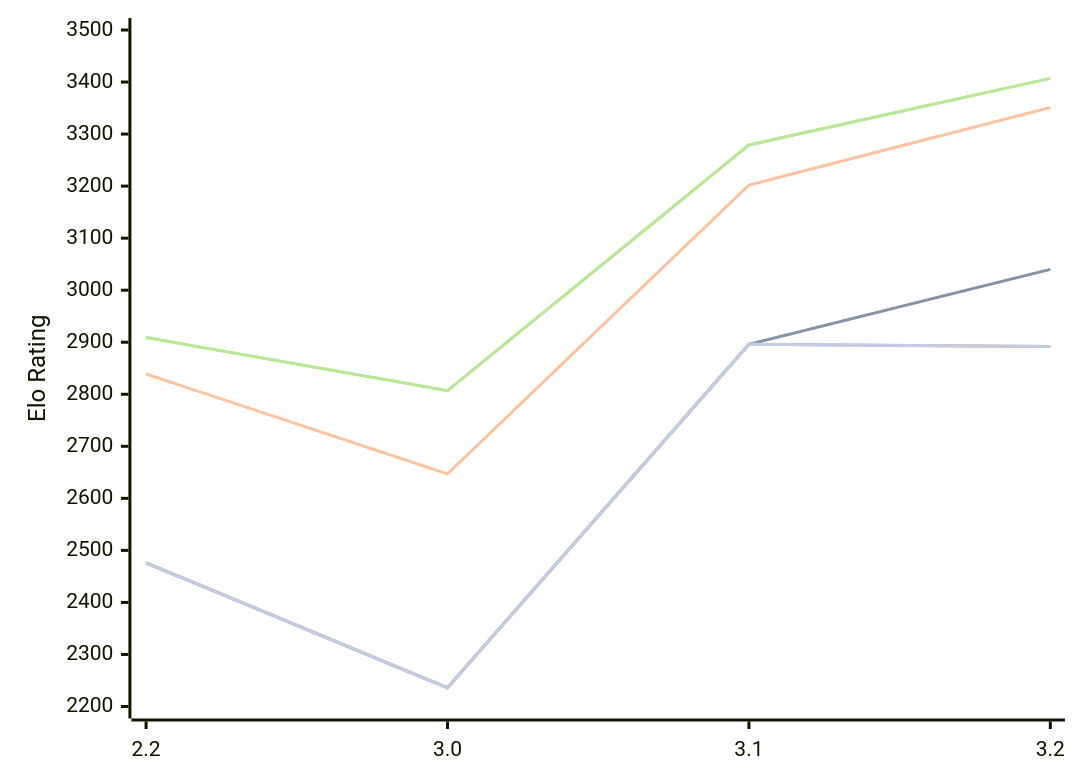
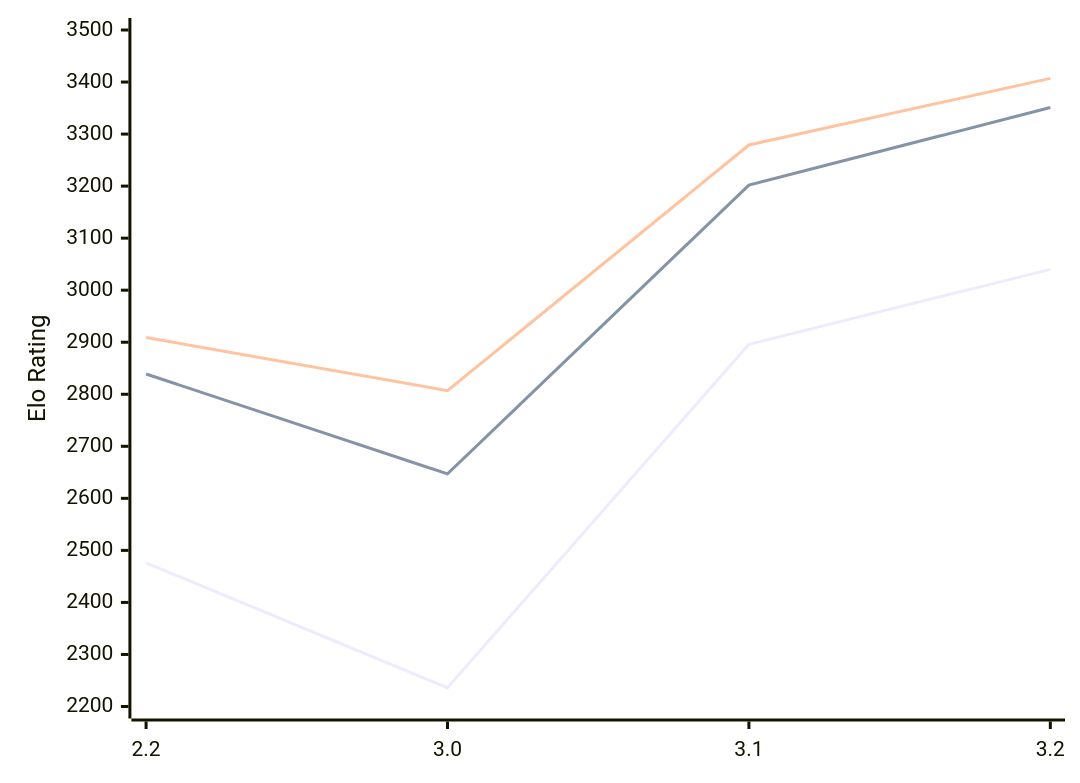
One commit to computer-chess-index/cci changed the diagram in engines/Thrawn.md. Above: the diagram before and after it, drawn with Mermaid. The commit also changed other lines of this file, not shown here.

````diff
--- a/engines/Thrawn.md
+++ b/engines/Thrawn.md
@@ -50,13 +50,9 @@
 ```mermaid
 %%{init: {"theme":"base","themeVariables":{"seriesColors:['#a3a3a3','#222221','#faa371']}}}%%
 xychart-beta
   x-axis ["2.2", "3.0", "3.1", "3.2"]
   y-axis "Elo Rating" 2200 --> 3500
-  line "" [2476, 2236, 2896, 3040]
   line "T1: STC (8.0+0.08s)" [2476, 2236, 2896, 3040]
   line "T1: LTC (60.0+0.60s)" [2839, 2647, 3202, 3351]
-  line "" [2909, 2807, 3279, 3407]
   line "T1: VLTC (2m24s+1.12s)" [2909, 2807, 3279, 3407]
-  line "" [2476, 2236, 2896,2892]
-  line "E1: STC (8.0+0.08s)" [2476, 2236, 2896,2892]
 ```
````
